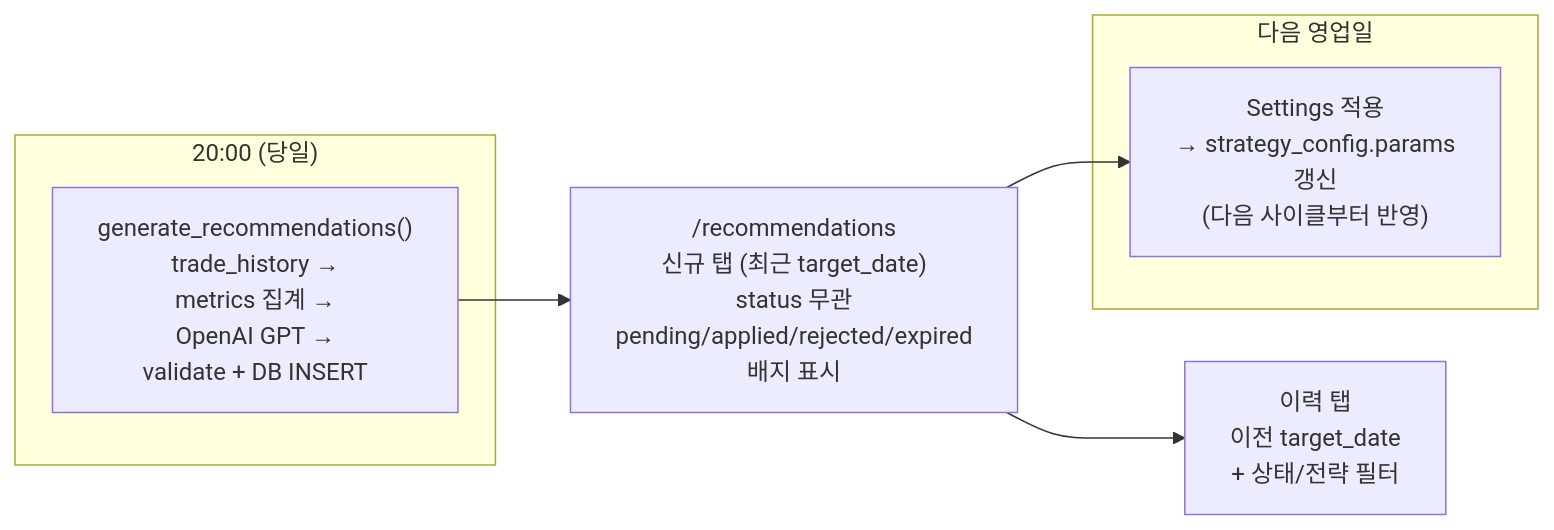
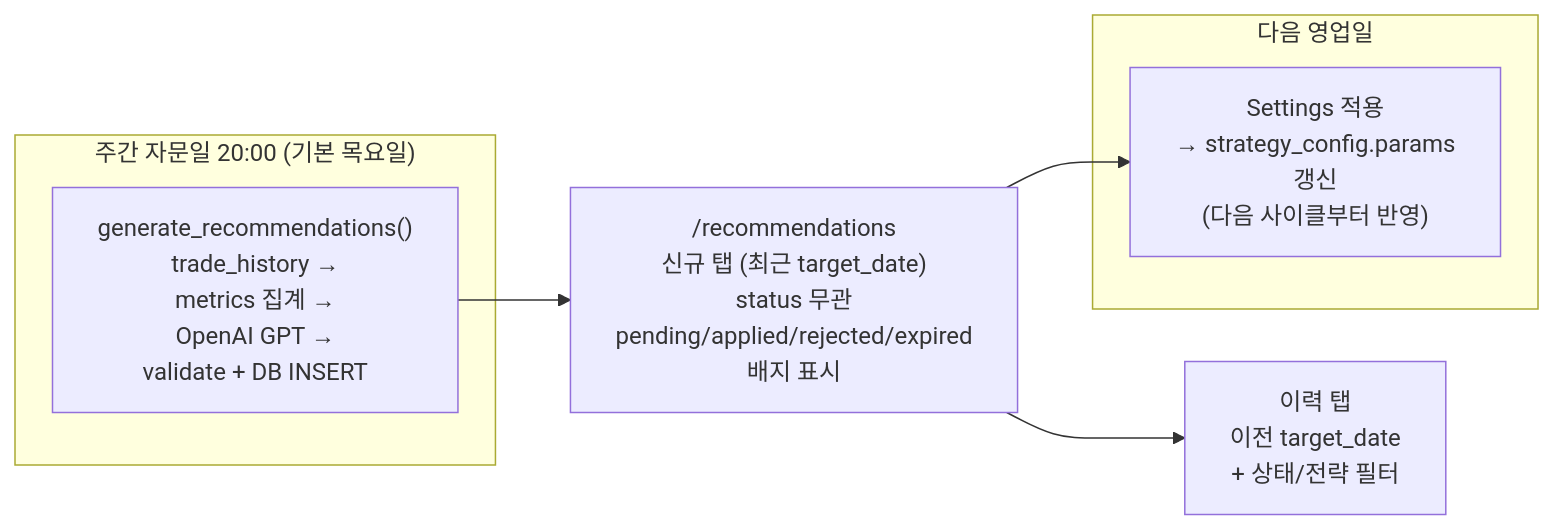
The sixth of 7 diagrams in README.md (canduk910/auto_stock), drawn with Mermaid before and after one commit. The commit also changed other lines of this file and 16 other files, not shown here.

````diff
--- a/README.md
+++ b/README.md
@@ -944,13 +1004,13 @@
 ```mermaid
 flowchart LR
-    subgraph T0["20:00 (당일)"]
+    subgraph T0["주간 자문일 20:00 (기본 목요일)"]
         A["generate_recommendations()<br/>trade_history →<br/>metrics 집계 →<br/>OpenAI GPT →<br/>validate + DB INSERT"]
     end
     B["/recommendations<br/>신규 탭 (최근 target_date)<br/>status 무관<br/>pending/applied/rejected/expired<br/>배지 표시"]
     D["이력 탭<br/>이전 target_date<br/>+ 상태/전략 필터"]
     subgraph T1["다음 영업일"]
         C["Settings 적용<br/>→ strategy_config.params<br/>갱신<br/>(다음 사이클부터 반영)"]
     end
     A --> B --> C
     B --> D
 ```
````
